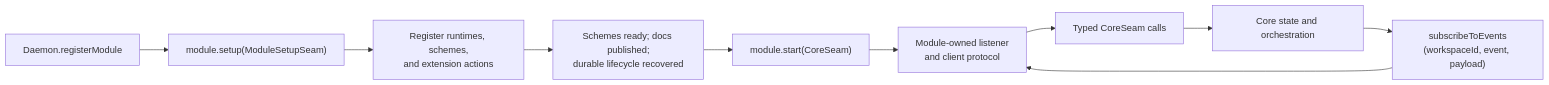
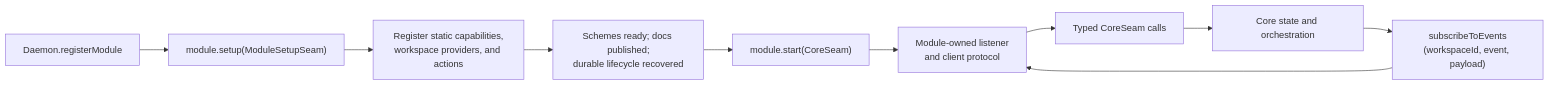
Before and after one commit to plurnk/plurnk-service: diagram 13 of 19 in plurnk-core/SPEC.md, drawn with Mermaid. The commit also changed other lines of this file and 32 other files, not shown here.

````diff
--- a/plurnk-core/SPEC.md
+++ b/plurnk-core/SPEC.md
@@ -2161,12 +2166,12 @@
 ```mermaid
 flowchart LR
     register["Daemon.registerModule"] --> setup["module.setup(ModuleSetupSeam)"]
-    setup --> capabilities["Register runtimes, schemes,<br/>and extension actions"]
+    setup --> capabilities["Register static capabilities,<br/>workspace providers, and actions"]
     capabilities --> ready["Schemes ready; docs published;<br/>durable lifecycle recovered"]
     ready --> start["module.start(CoreSeam)"]
     start --> interface["Module-owned listener<br/>and client protocol"]
     interface --> calls["Typed CoreSeam calls"]
     calls --> core["Core state and orchestration"]
     core --> events["subscribeToEvents<br/>(workspaceId, event, payload)"]
     events --> interface
 ```
````
